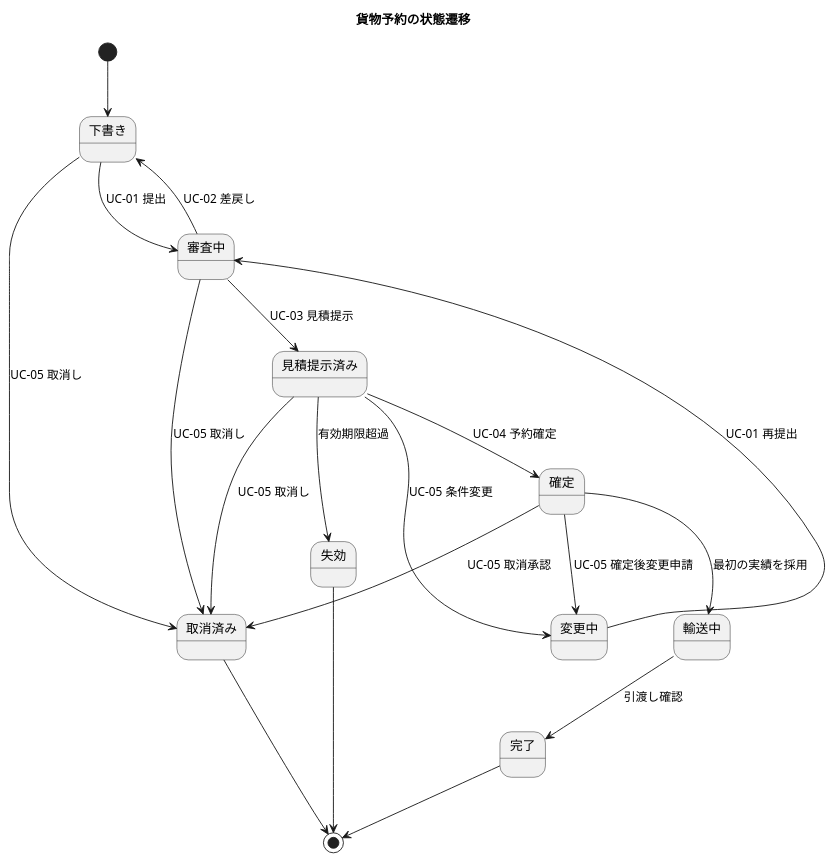
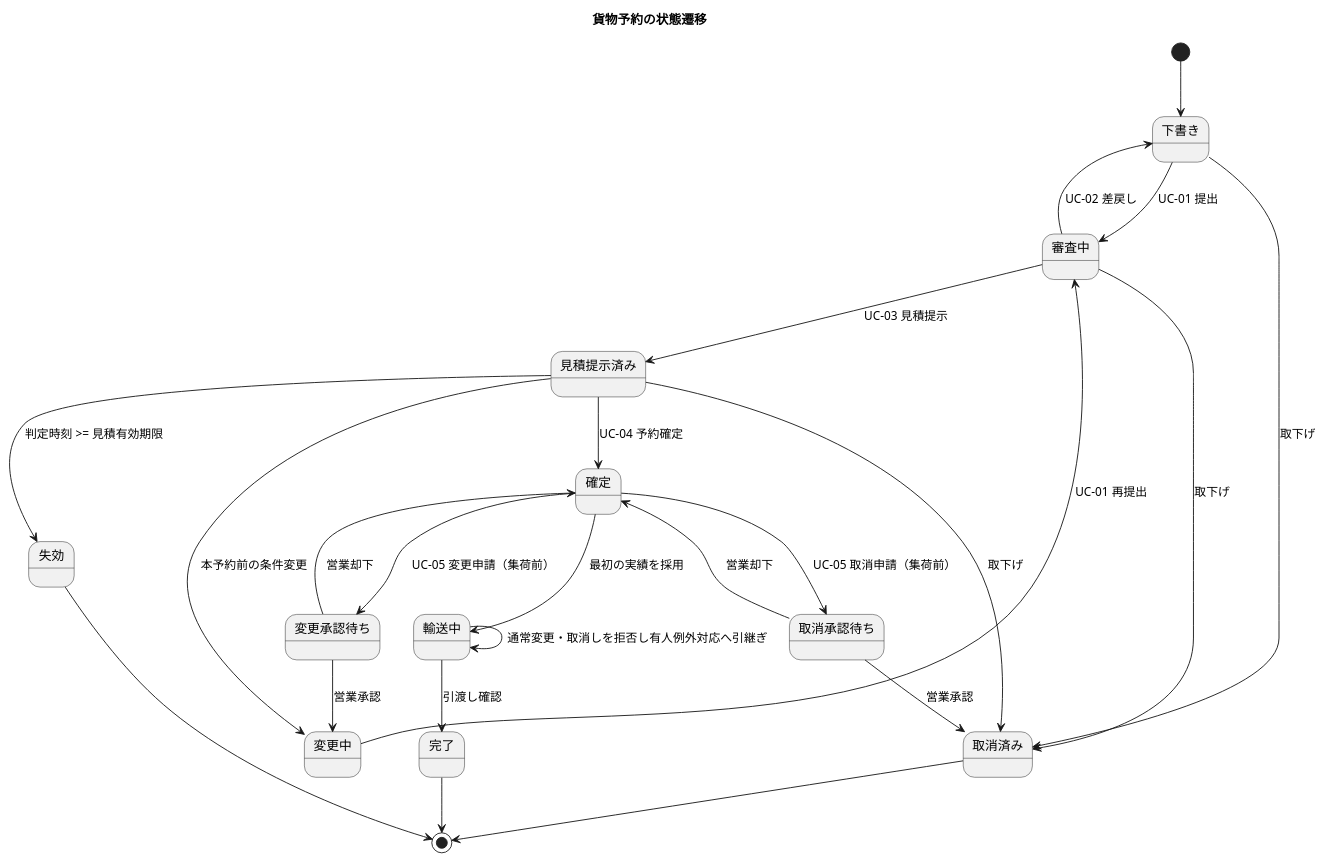
The eighth of 12 diagrams in docs/requirements/cargo-tracker/requirements_definition.md (k2works/practical-domain-driven-design-in-enterpris-application), drawn with PlantUML before and after one commit. The commit also changed other lines of this file and 10 other files, not shown here.

````diff
--- a/docs/requirements/cargo-tracker/requirements_definition.md
+++ b/docs/requirements/cargo-tracker/requirements_definition.md
@@ -589,23 +596,28 @@
 ```plantuml
 @startuml
 title 貨物予約の状態遷移
 [*] --> 下書き
 下書き --> 審査中 : UC-01 提出
 審査中 --> 下書き : UC-02 差戻し
 審査中 --> 見積提示済み : UC-03 見積提示
-見積提示済み --> 変更中 : UC-05 条件変更
+見積提示済み --> 変更中 : 本予約前の条件変更
 変更中 --> 審査中 : UC-01 再提出
 見積提示済み --> 確定 : UC-04 予約確定
-見積提示済み --> 失効 : 有効期限超過
-下書き --> 取消済み : UC-05 取消し
-審査中 --> 取消済み : UC-05 取消し
-見積提示済み --> 取消済み : UC-05 取消し
-確定 --> 変更中 : UC-05 確定後変更申請
-確定 --> 取消済み : UC-05 取消承認
+見積提示済み --> 失効 : 判定時刻 >= 見積有効期限
+下書き --> 取消済み : 取下げ
+審査中 --> 取消済み : 取下げ
+見積提示済み --> 取消済み : 取下げ
+確定 --> 変更承認待ち : UC-05 変更申請（集荷前）
+変更承認待ち --> 変更中 : 営業承認
+変更承認待ち --> 確定 : 営業却下
+確定 --> 取消承認待ち : UC-05 取消申請（集荷前）
+取消承認待ち --> 取消済み : 営業承認
+取消承認待ち --> 確定 : 営業却下
 確定 --> 輸送中 : 最初の実績を採用
+輸送中 --> 輸送中 : 通常変更・取消しを拒否し有人例外対応へ引継ぎ
 輸送中 --> 完了 : 引渡し確認
 失効 --> [*]
 取消済み --> [*]
 完了 --> [*]
 @enduml
 ```
````
